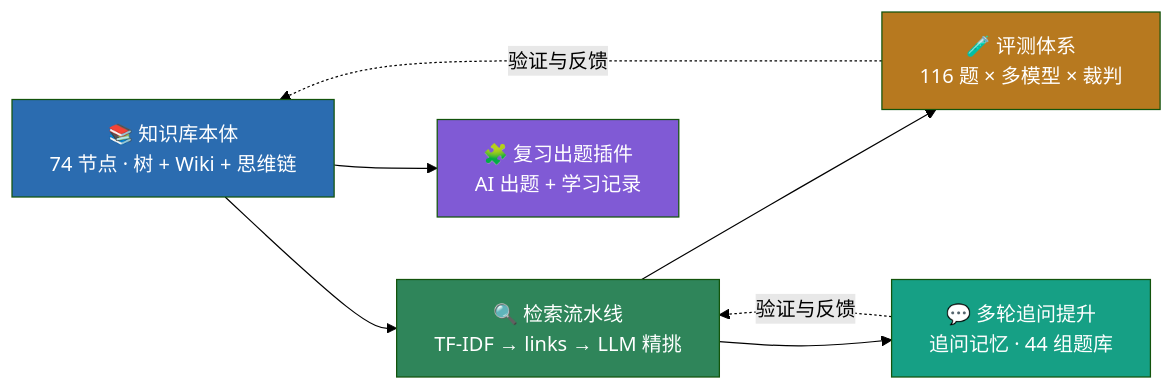
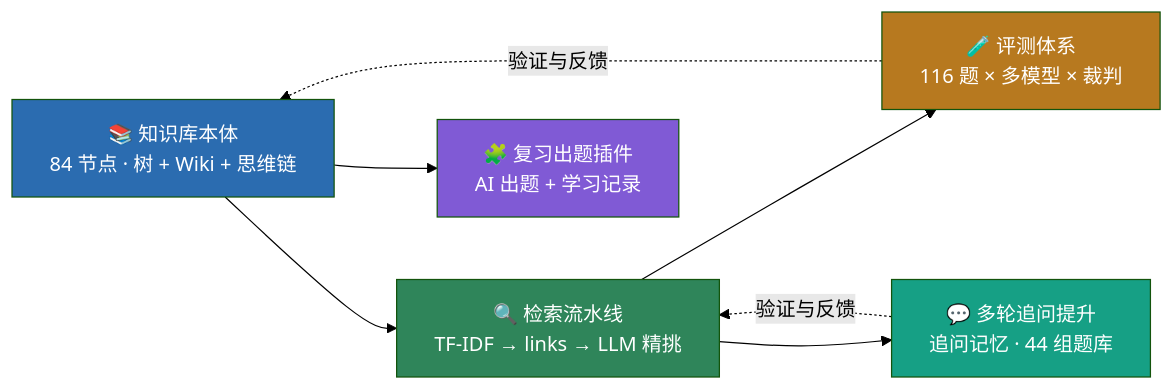
One commit to Baixiaodou/comm-knowledge-graph changed the first of 9 diagrams in README.md. Above: the diagram before and after it, drawn with Mermaid (forest theme). The commit also changed other lines of this file and 18 other files, not shown here.

````diff
--- a/README.md
+++ b/README.md
@@ -24,15 +24,15 @@
 ```mermaid
 flowchart LR
-    A["📚 知识库本体<br/>74 节点 · 树 + Wiki + 思维链"] --> B["🔍 检索流水线<br/>TF-IDF → links → LLM 精挑"]
+    A["📚 知识库本体<br/>84 节点 · 树 + Wiki + 思维链"] --> B["🔍 检索流水线<br/>TF-IDF → links → LLM 精挑"]
     B --> C["🧪 评测体系<br/>116 题 × 多模型 × 裁判"]
     A --> D["🧩 复习出题插件<br/>AI 出题 + 学习记录"]
     B --> E["💬 多轮追问提升<br/>追问记忆 · 44 组题库"]
     E -.->|验证与反馈| B
     C -.->|验证与反馈| A
 
     style A fill:#2b6cb0,color:#fff
     style B fill:#2f855a,color:#fff
     style C fill:#b7791f,color:#fff
     style D fill:#805ad5,color:#fff
     style E fill:#16a085,color:#fff
 ```
````
